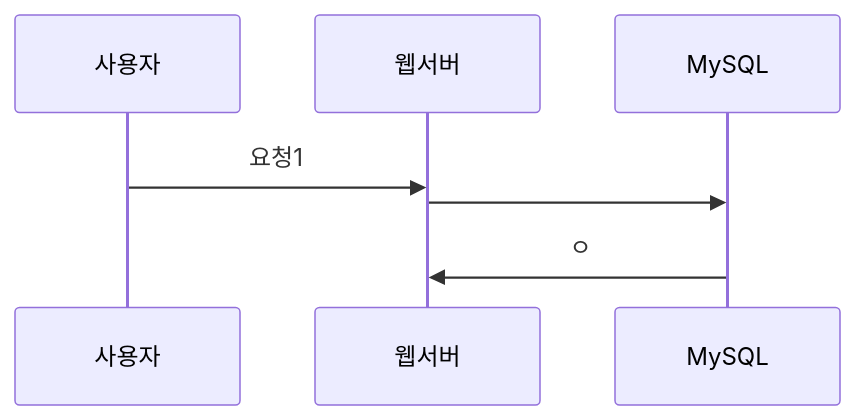
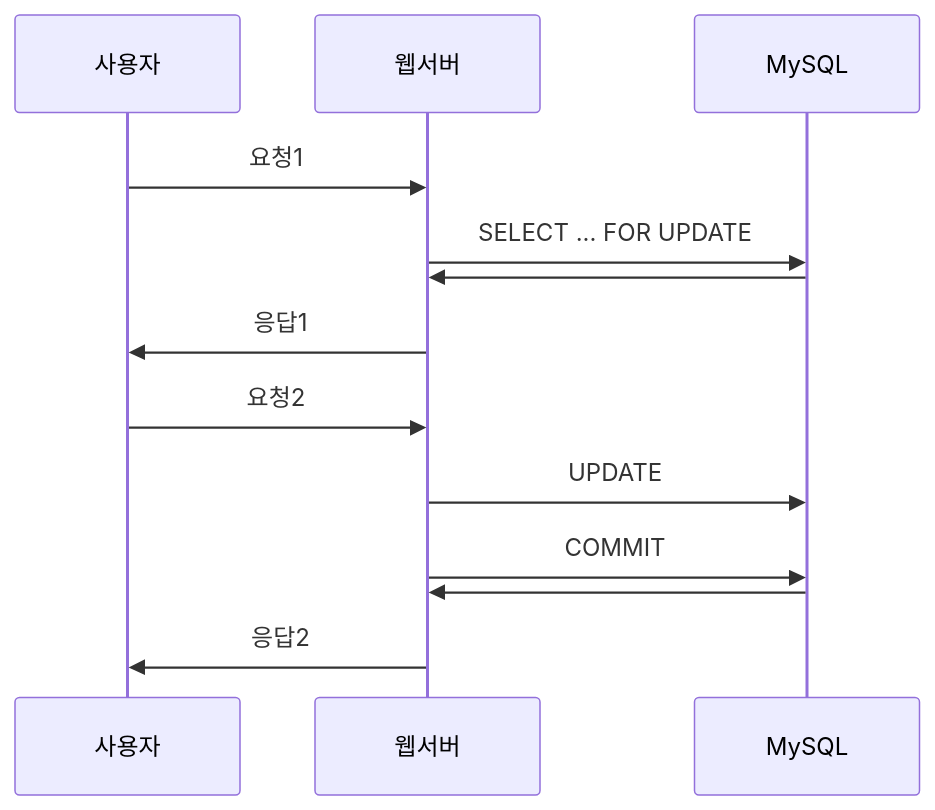
One commit to tatarobo/Study changed the diagram in RealMysql/12. 쿼리 종류별 잠.md. Above: the diagram before and after it, drawn with Mermaid. The commit also changed other lines of this file, not shown here.

Commit message:
RealMysql/12. 쿼리 종류별 잠.md updated from https://stackedit.io/

````diff
--- a/RealMysql/12. 쿼리 종류별 잠.md
+++ b/RealMysql/12. 쿼리 종류별 잠.md
@@ -38,6 +38,12 @@
 ```mermaid
 sequenceDiagram
 사용자 ->> 웹서버 : 요청1
-웹서버 ->> MySQL : 
-MySQL ->> 웹서버 : ㅇ
+웹서버 ->> MySQL : SELECT ... FOR UPDATE
+MySQL ->> 웹서버 : 
+웹서버 ->> 사용자 : 응답1
+사용자 ->> 웹서버 : 요청2
+웹서버 ->> MySQL : UPDATE
+웹서버 ->> MySQL : COMMIT
+MySQL ->> 웹서버 : 
+웹서버 ->> 사용자 : 응답2
 ```
````
